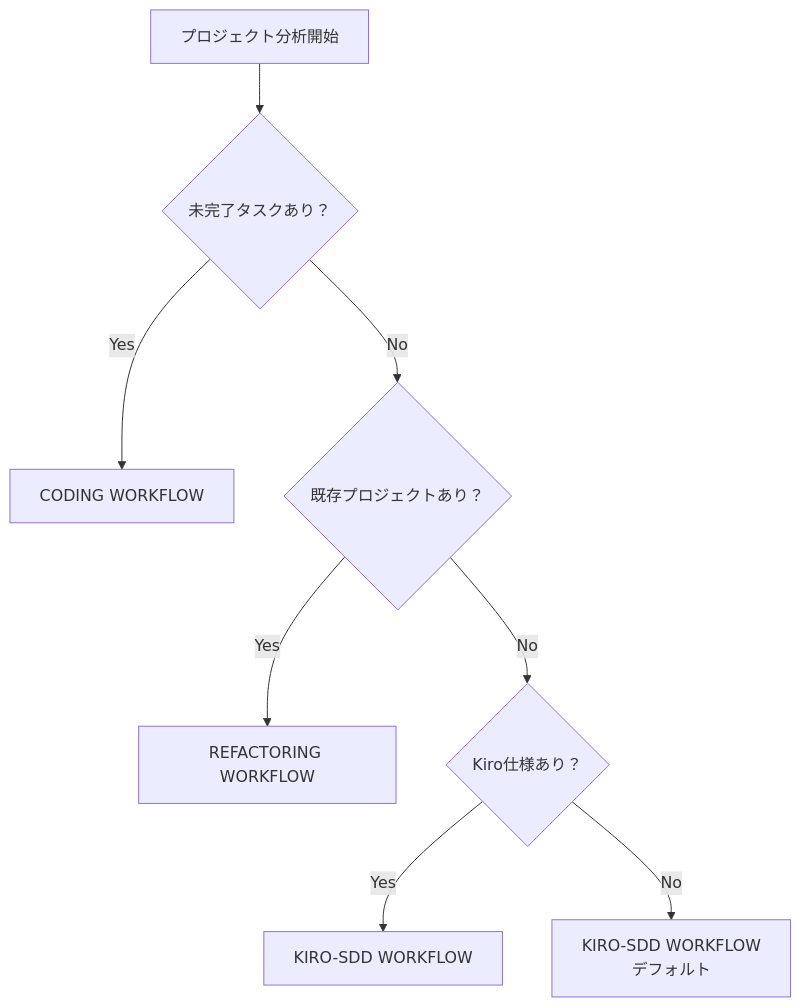
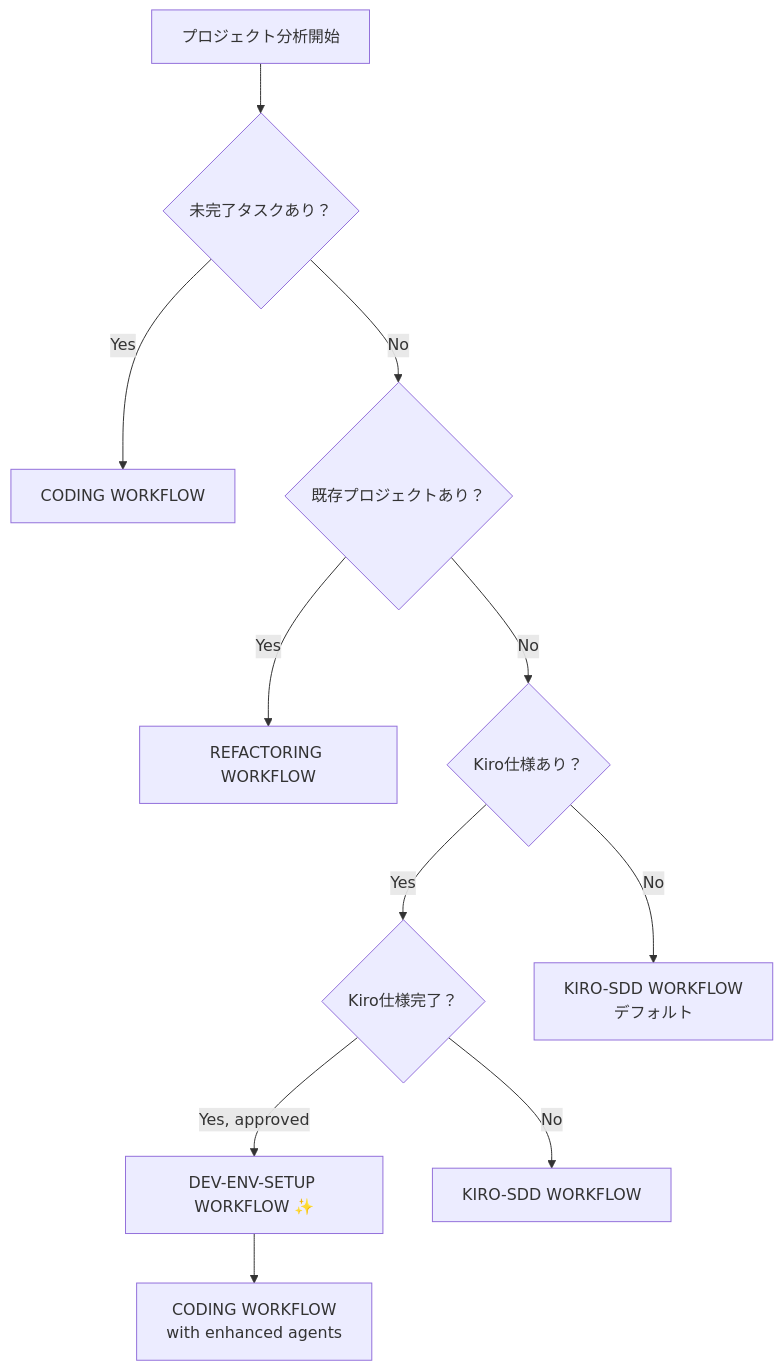
The diagram in docs/design/INTERACTIVE-WORKFLOW.md (s-hiraoku/b2b-design-system), drawn with Mermaid before and after one commit. The commit also changed other lines of this file, not shown here.

````diff
--- a/docs/design/INTERACTIVE-WORKFLOW.md
+++ b/docs/design/INTERACTIVE-WORKFLOW.md
@@ -64,10 +64,13 @@
 ```mermaid
 graph TD
     A[プロジェクト分析開始] --> B{未完了タスクあり？}
     B -->|Yes| C[CODING WORKFLOW]
     B -->|No| D{既存プロジェクトあり？}
     D -->|Yes| E[REFACTORING WORKFLOW]
     D -->|No| F{Kiro仕様あり？}
-    F -->|Yes| G[KIRO-SDD WORKFLOW]
+    F -->|Yes| G{Kiro仕様完了？}
     F -->|No| H[KIRO-SDD WORKFLOW<br/>デフォルト]
+    G -->|Yes, approved| I[DEV-ENV-SETUP WORKFLOW ✨]
+    G -->|No| J[KIRO-SDD WORKFLOW]
+    I --> K[CODING WORKFLOW<br/>with enhanced agents]
 ```
````
